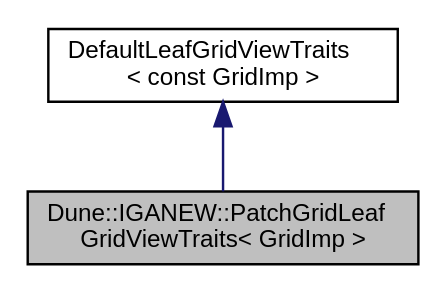
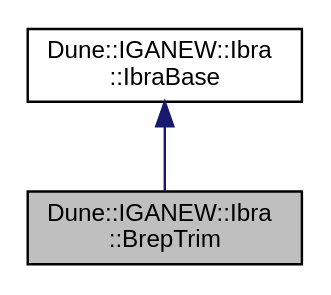
Before and after one commit to rath3t/dune-iga-doc: the diagram in d2/d1d/a01277.dot, drawn with Graphviz. The commit also changed 1689 other files, not shown here.

```diff
--- a/d2/d1d/a01277.dot
+++ b/d2/d1d/a01277.dot
@@ -1,9 +1,9 @@
-digraph "Dune::IGANEW::PatchGridLeafGridViewTraits&lt; GridImp &gt;"
+digraph "Dune::IGANEW::Ibra::BrepTrim"
 {
  // LATEX_PDF_SIZE
   edge [fontname="Helvetica",fontsize="10",labelfontname="Helvetica",labelfontsize="10"];
   node [fontname="Helvetica",fontsize="10",shape=record];
-  Node1 [label="Dune::IGANEW::PatchGridLeaf\lGridViewTraits\< GridImp \>",height=0.2,width=0.4,color="black", fillcolor="grey75", style="filled", fontcolor="black",tooltip=" "];
+  Node1 [label="Dune::IGANEW::Ibra\l::BrepTrim",height=0.2,width=0.4,color="black", fillcolor="grey75", style="filled", fontcolor="black",tooltip=" "];
   Node2 -> Node1 [dir="back",color="midnightblue",fontsize="10",style="solid",fontname="Helvetica"];
-  Node2 [label="DefaultLeafGridViewTraits\l\< const GridImp \>",height=0.2,width=0.4,color="black", fillcolor="white", style="filled",tooltip=" "];
+  Node2 [label="Dune::IGANEW::Ibra\l::IbraBase",height=0.2,width=0.4,color="black", fillcolor="white", style="filled",URL="$d7/d73/a01266.html",tooltip=" "];
 }
```
